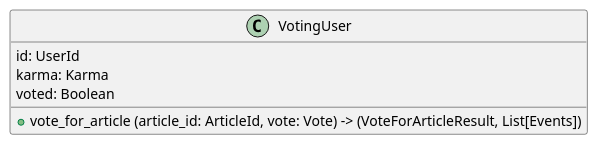
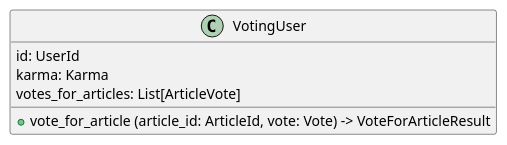
The diagram in src/content/articles/2022_03_19_hexarchi_di_python_part_2.rst (BasicWolf/zblog), drawn with PlantUML before and after one commit. The commit also changed other lines of this file, not shown here.

Commit message:
Hexarch DI Part 2: Update article according to the latest code changes

```diff
--- a/src/content/articles/2022_03_19_hexarchi_di_python_part_2.rst
+++ b/src/content/articles/2022_03_19_hexarchi_di_python_part_2.rst
@@ -340,12 +343,12 @@
 .. uml::
 
    @startuml
    class VotingUser {
        id: UserId
        karma: Karma
-       voted: Boolean
+       votes_for_articles: List[ArticleVote]
 
-       +vote_for_article (article_id: ArticleId, vote: Vote) -> (VoteForArticleResult, List[Events])
+       +vote_for_article (article_id: ArticleId, vote: Vote) -> VoteForArticleResult
    }
 
    @enduml
```
